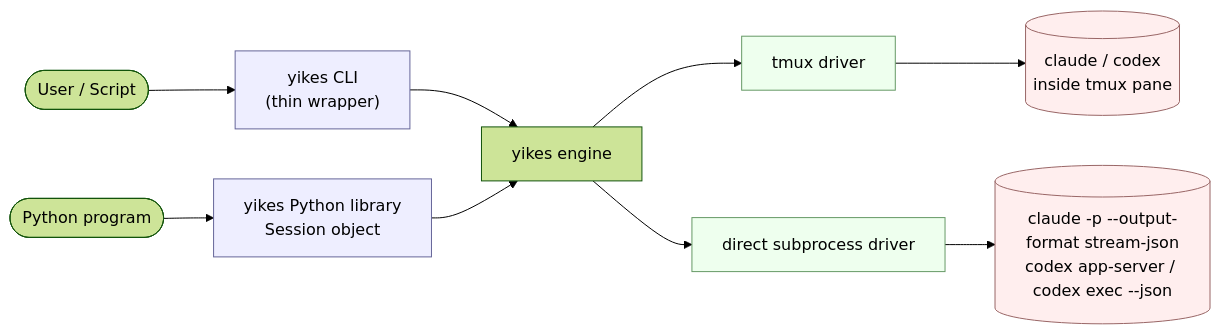
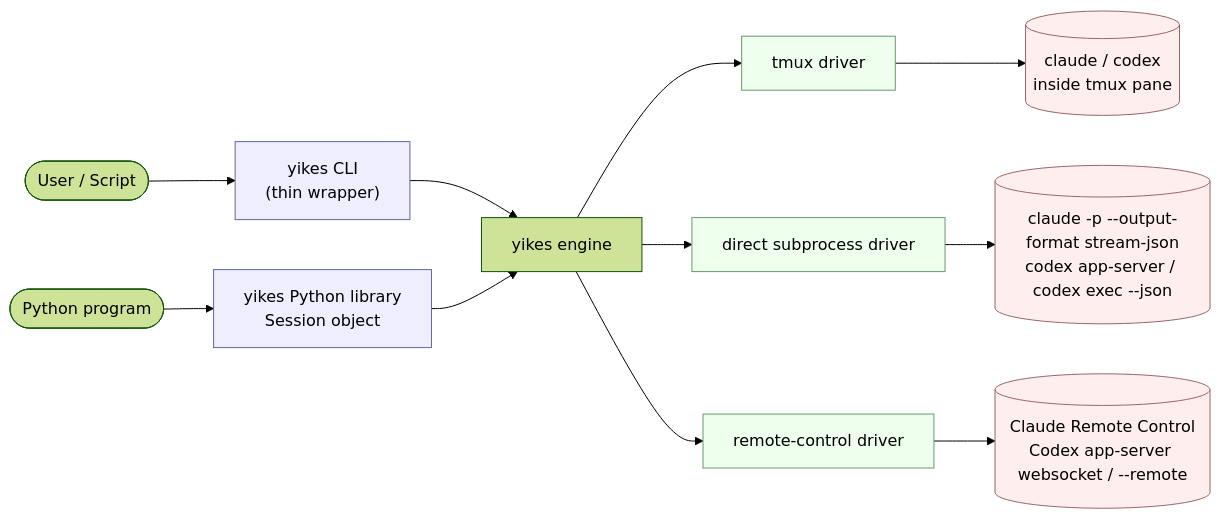
One commit to Alyxion/yikes changed the diagram in docs/index.md. Above: the diagram before and after it, drawn with Mermaid (forest theme). The commit also changed other lines of this file and 9 other files, not shown here.

````diff
--- a/docs/index.md
+++ b/docs/index.md
@@ -14,17 +14,19 @@
 ```mermaid
 flowchart LR
     user([User / Script]) --> cli["yikes CLI<br/>(thin wrapper)"]
     user2([Python program]) --> lib["yikes Python library<br/>Session object"]
     cli --> engine[yikes engine]
     lib --> engine
     engine --> drv_tmux[tmux driver]
     engine --> drv_direct[direct subprocess driver]
+    engine --> drv_remote[remote-control driver]
     drv_tmux --> ai_tmux[("claude / codex<br/>inside tmux pane")]
     drv_direct --> ai_direct[("claude -p --output-format stream-json<br/>codex app-server / codex exec --json")]
+    drv_remote --> ai_remote[("Claude Remote Control<br/>Codex app-server websocket / --remote")]
     classDef face fill:#eef,stroke:#669
     classDef driver fill:#efe,stroke:#696
     classDef agent fill:#fee,stroke:#966
     class cli,lib face
-    class drv_tmux,drv_direct driver
-    class ai_tmux,ai_direct agent
+    class drv_tmux,drv_direct,drv_remote driver
+    class ai_tmux,ai_direct,ai_remote agent
 ```
````
